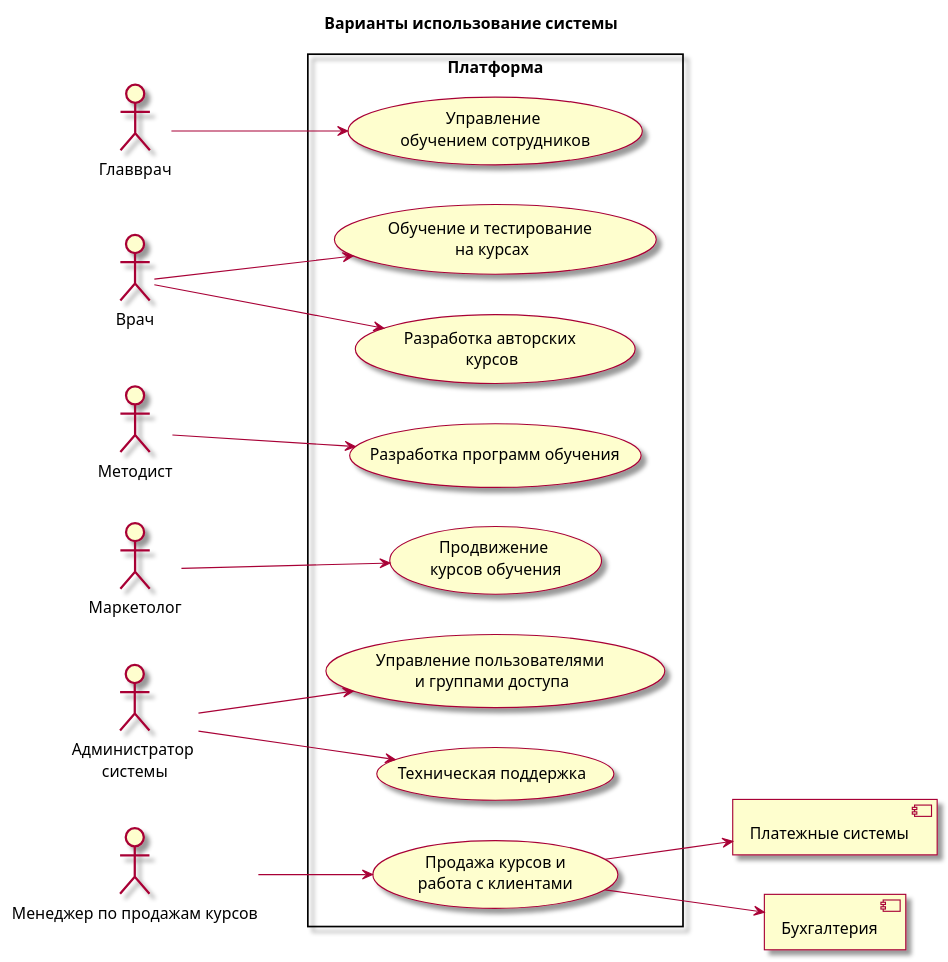
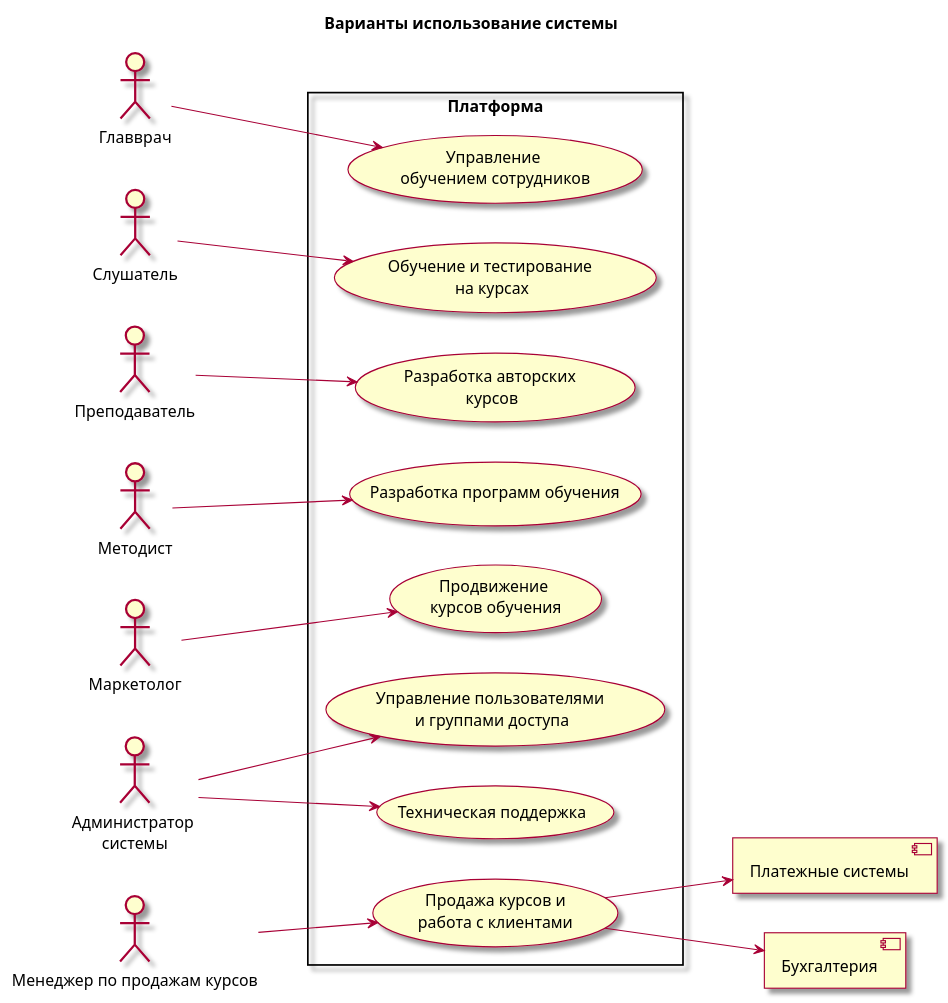
One commit to PortnovAlex80/node_js_pro changed the diagram in api-warehouse/diagrams/mediusecase.iuml. Above: the diagram before and after it, drawn with PlantUML.

```diff
--- a/api-warehouse/diagrams/mediusecase.iuml
+++ b/api-warehouse/diagrams/mediusecase.iuml
@@ -1,48 +1,49 @@
 @startuml
 skin rose
 left to right direction
 
 title Варианты использование системы 
 
 :Главврач: as MDOC
-:Врач: as DOC
+:Слушатель: as STUDENT
+:Преподаватель: as LECTOR
 :Методист: as METOD
 :Маркетолог: as MARKET
 :Администратор \nсистемы: as ADMIN
 :Менеджер по продажам курсов: as MGR
 
 [Платежные системы] as Payments
 [Бухгалтерия] as Commercia
 
 rectangle  :Платформа: {
 usecase (Управление \nобучением сотрудников) as UC1
 
 usecase (Обучение и тестирование \nна курсах) as UC2
 usecase (Разработка авторских \nкурсов) as UC3
 
 usecase (Разработка программ обучения) as UC4
 
 usecase (Продвижение \nкурсов обучения) as UC5
 usecase (Продажа курсов и\nработа с клиентами) as UC6
 
 usecase (Управление пользователями \nи группами доступа) as UC7
 usecase (Техническая поддержка) as UC8
 }
 
 
 MDOC --> UC1
 
-DOC--> UC2
-DOC--> UC3
+STUDENT --> UC2
+LECTOR --> UC3
 
 METOD--> UC4
 MARKET--> UC5
 
 MGR --> UC6
 UC6 --> Payments
 UC6 --> Commercia
 
 ADMIN --> UC7
 ADMIN --> UC8
 
 @enduml
```
